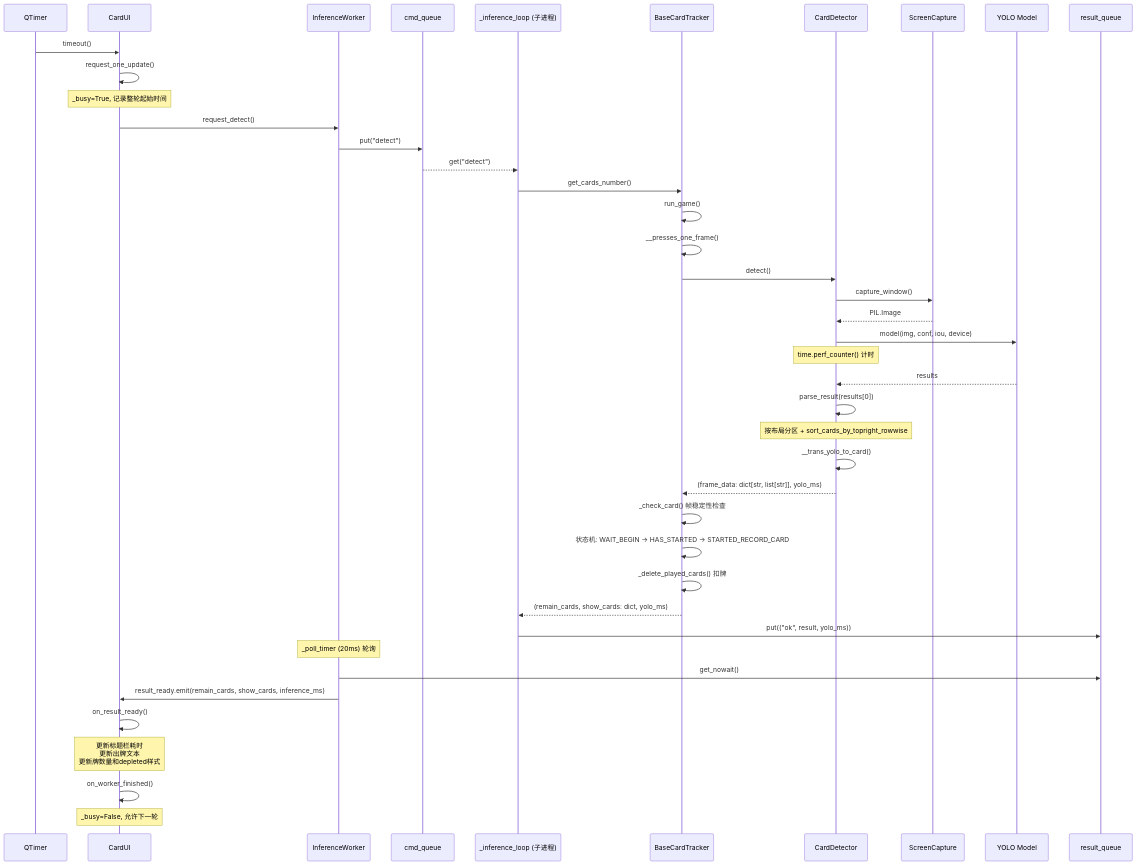
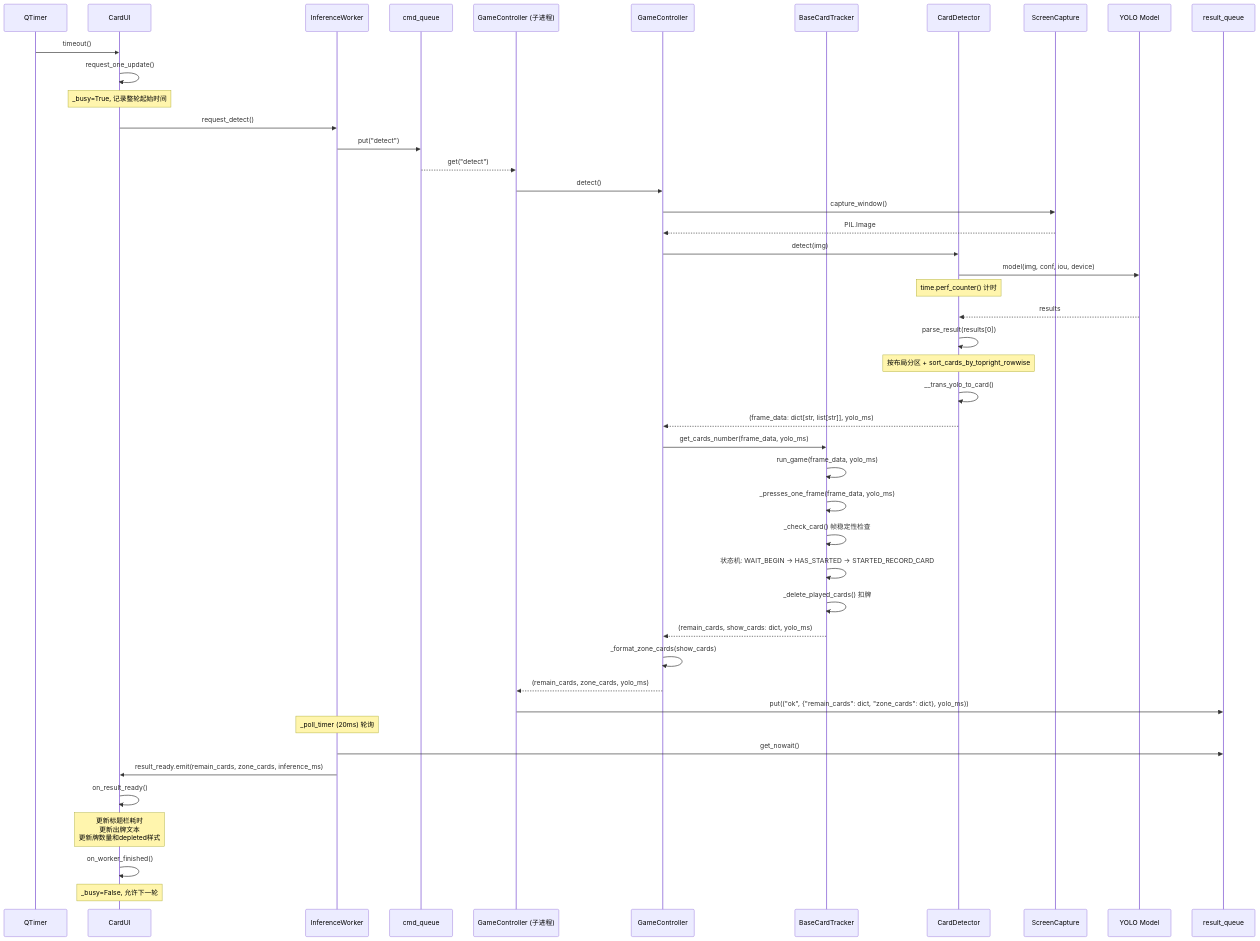
Before and after one commit to luckFan0519/han-card-tracker: the first of 5 diagrams in docs/sequence-diagram.md, drawn with Mermaid. The commit also changed other lines of this file and 9 other files, not shown here.

````diff
--- a/docs/sequence-diagram.md
+++ b/docs/sequence-diagram.md
@@ -9,51 +9,55 @@
 ```mermaid
 sequenceDiagram
     participant Timer as QTimer
     participant UI as CardUI
     participant Worker as InferenceWorker
     participant CmdQ as cmd_queue
-    participant SubProc as _inference_loop (子进程)
+    participant SubProc as GameController (子进程)
+    participant Controller as GameController
     participant Tracker as BaseCardTracker
     participant Detector as CardDetector
     participant Capture as ScreenCapture
     participant YOLO as YOLO Model
     participant ResultQ as result_queue
 
     Timer->>UI: timeout()
     UI->>UI: request_one_update()
     Note over UI: _busy=True, 记录整轮起始时间
     UI->>Worker: request_detect()
     Worker->>CmdQ: put("detect")
 
     CmdQ-->>SubProc: get("detect")
-    SubProc->>Tracker: get_cards_number()
-    Tracker->>Tracker: run_game()
-    Tracker->>Tracker: __presses_one_frame()
-    Tracker->>Detector: detect()
-
-    Detector->>Capture: capture_window()
-    Capture-->>Detector: PIL.Image
+    SubProc->>Controller: detect()
+    Controller->>Capture: capture_window()
+    Capture-->>Controller: PIL.Image
+    Controller->>Detector: detect(img)
     Detector->>YOLO: model(img, conf, iou, device)
     Note over Detector: time.perf_counter() 计时
     YOLO-->>Detector: results
     Detector->>Detector: parse_result(results[0])
     Note over Detector: 按布局分区 + sort_cards_by_topright_rowwise
     Detector->>Detector: __trans_yolo_to_card()
-    Detector-->>Tracker: (frame_data: dict[str, list[str]], yolo_ms)
+    Detector-->>Controller: (frame_data: dict[str, list[str]], yolo_ms)
+
+    Controller->>Tracker: get_cards_number(frame_data, yolo_ms)
+    Tracker->>Tracker: run_game(frame_data, yolo_ms)
+    Tracker->>Tracker: _presses_one_frame(frame_data, yolo_ms)
 
     Tracker->>Tracker: _check_card() 帧稳定性检查
     Tracker->>Tracker: 状态机: WAIT_BEGIN → HAS_STARTED → STARTED_RECORD_CARD
     Tracker->>Tracker: _delete_played_cards() 扣牌
-    Tracker-->>SubProc: (remain_cards, show_cards: dict, yolo_ms)
+    Tracker-->>Controller: (remain_cards, show_cards: dict, yolo_ms)
+    Controller->>Controller: _format_zone_cards(show_cards)
+    Controller-->>SubProc: (remain_cards, zone_cards, yolo_ms)
 
-    SubProc->>ResultQ: put(("ok", result, yolo_ms))
+    SubProc->>ResultQ: put(("ok", {"remain_cards": dict, "zone_cards": dict}, yolo_ms))
 
     Note over Worker: _poll_timer (20ms) 轮询
     Worker->>ResultQ: get_nowait()
-    Worker->>UI: result_ready.emit(remain_cards, show_cards, inference_ms)
+    Worker->>UI: result_ready.emit(remain_cards, zone_cards, inference_ms)
 
     UI->>UI: on_result_ready()
     Note over UI: 更新标题栏耗时<br/>更新出牌文本<br/>更新牌数量和depleted样式
     UI->>UI: on_worker_finished()
     Note over UI: _busy=False, 允许下一轮
 ```
````
